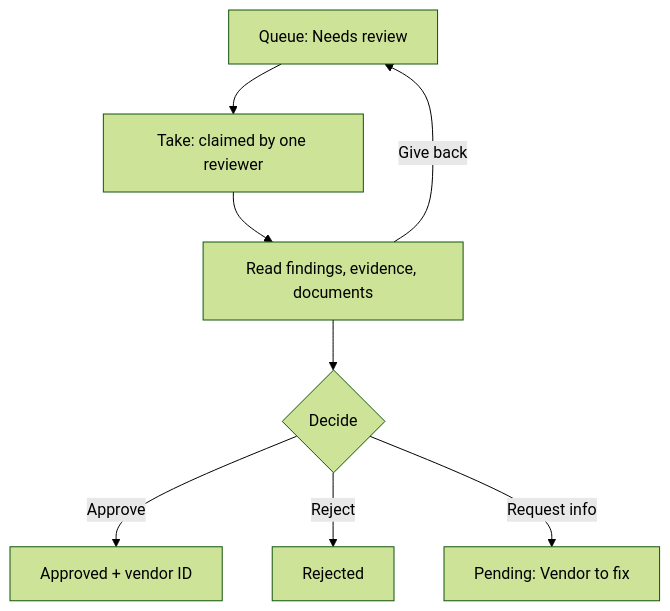
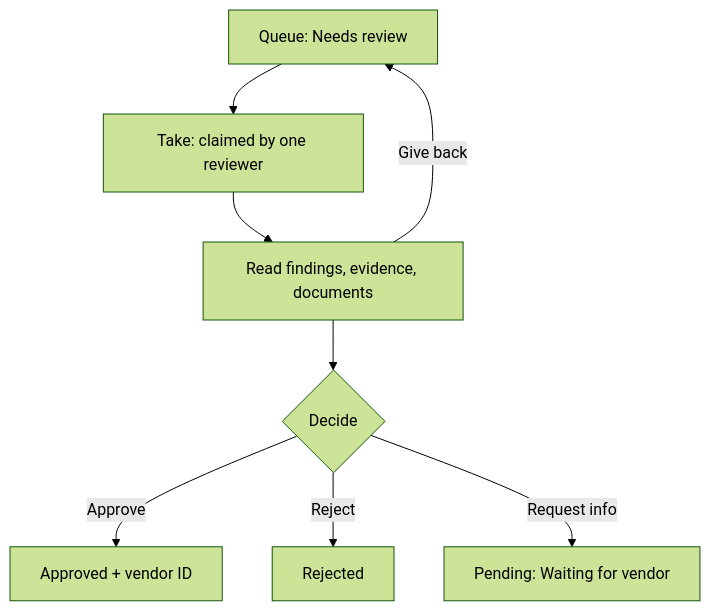
One commit to ShubhamK0802/vendor-onboarding-flask changed the fourth of 5 diagrams in docs/WORKFLOW.md. Above: the diagram before and after it, drawn with Mermaid (forest theme). The commit also changed other lines of this file and 22 other files, not shown here.

````diff
--- a/docs/WORKFLOW.md
+++ b/docs/WORKFLOW.md
@@ -62,10 +63,10 @@
 ```mermaid
 flowchart TD
     Q[Queue: Needs review] --> T[Take: claimed by one reviewer]
     T --> V[Read findings, evidence, documents]
     V --> X{Decide}
     X -->|Approve| AP[Approved + vendor ID]
     X -->|Reject| RJ[Rejected]
-    X -->|Request info| RI[Pending: Vendor to fix]
+    X -->|Request info| RI[Pending: Waiting for vendor]
     V -->|Give back| Q
 ```
````
